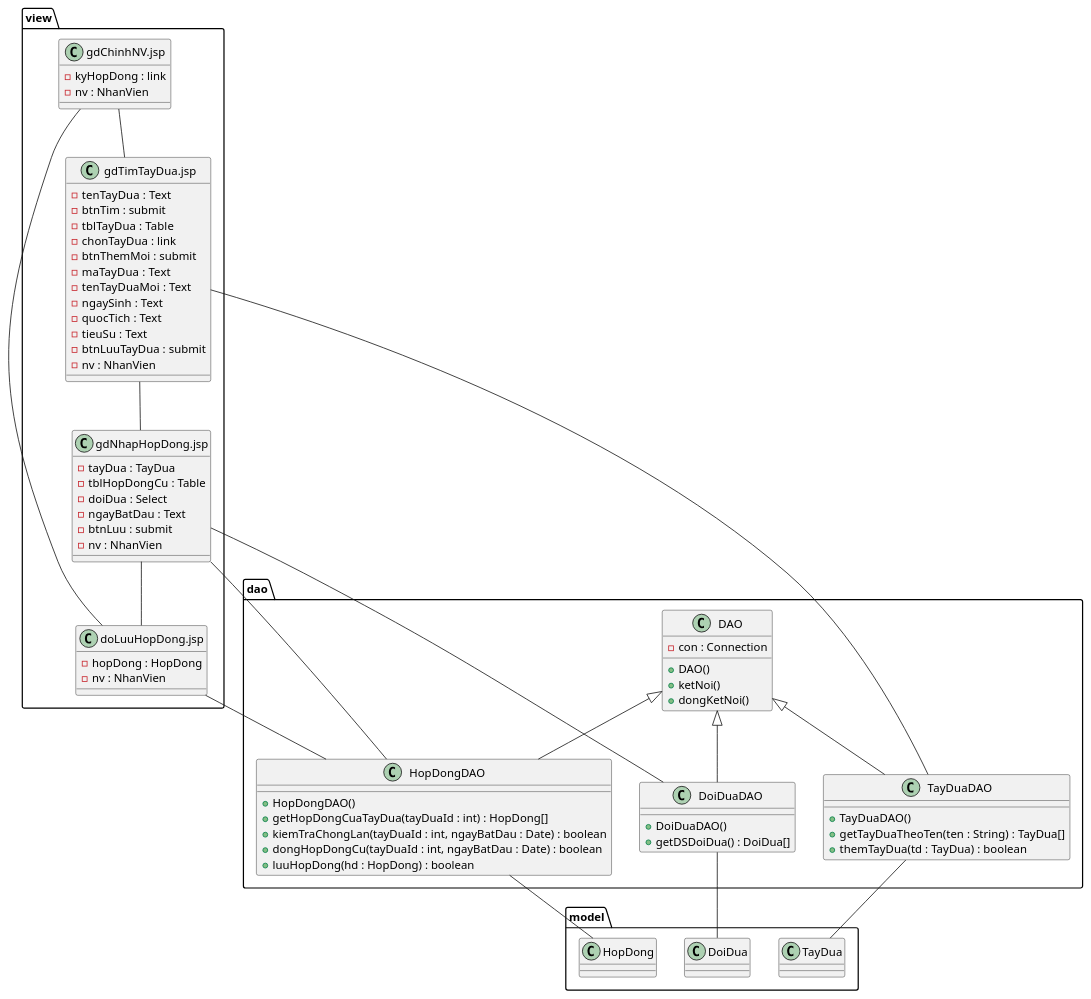
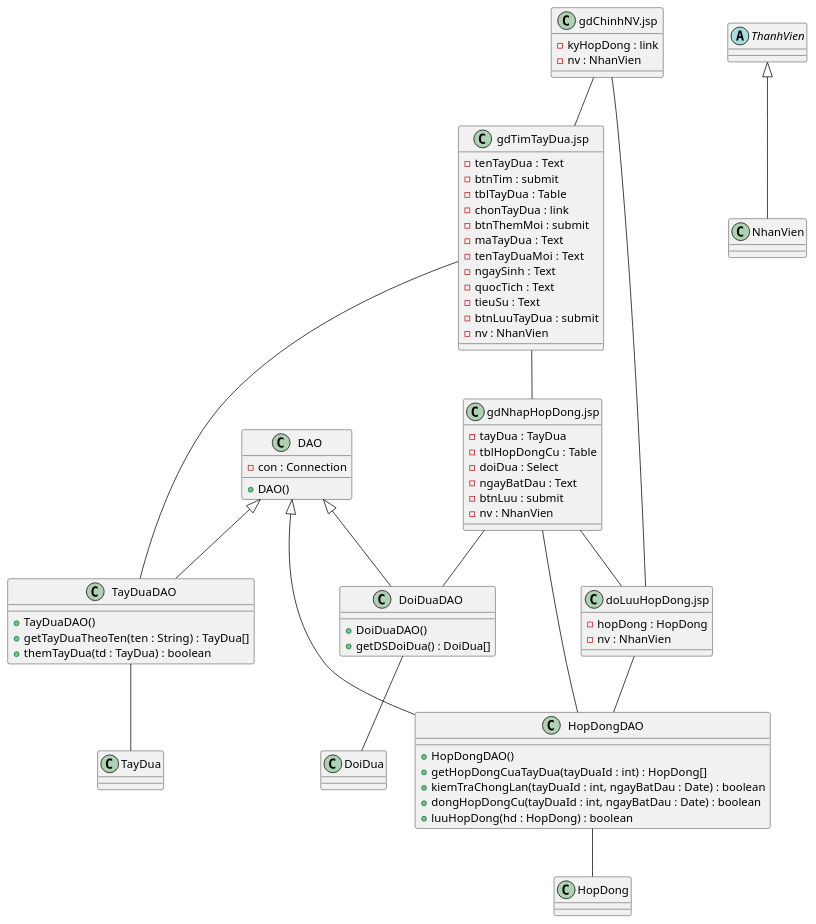
The fourth of 6 diagrams in Module 1 - Quan/noi-dung.md (7gho/CNPM-He2026), drawn with PlantUML before and after one commit. The commit also changed other lines of this file and 41 other files, not shown here.

First line of the commit message:
Ra soat cheo toan he thong theo giao trinh; bo khung package, phac thao giao dien dang bang

````diff
--- a/Module 1 - Quan/noi-dung.md
+++ b/Module 1 - Quan/noi-dung.md
@@ -345,79 +338,75 @@
 ```plantuml
 @startuml
-package view {
-  class "gdChinhNV.jsp" as gdChinhNV {
-    -kyHopDong : link
-    -nv : NhanVien
-  }
-  class "gdTimTayDua.jsp" as gdTimTayDua {
-    -tenTayDua : Text
-    -btnTim : submit
-    -tblTayDua : Table
-    -chonTayDua : link
-    -btnThemMoi : submit
-    -maTayDua : Text
-    -tenTayDuaMoi : Text
-    -ngaySinh : Text
-    -quocTich : Text
-    -tieuSu : Text
-    -btnLuuTayDua : submit
-    -nv : NhanVien
-  }
-  class "gdNhapHopDong.jsp" as gdNhapHopDong {
-    -tayDua : TayDua
-    -tblHopDongCu : Table
-    -doiDua : Select
-    -ngayBatDau : Text
-    -btnLuu : submit
-    -nv : NhanVien
-  }
-  class "doLuuHopDong.jsp" as doLuuHopDong {
-    -hopDong : HopDong
-    -nv : NhanVien
-  }
+class "gdChinhNV.jsp" as gdChinhNV {
+  -kyHopDong : link
+  -nv : NhanVien
 }
-package dao {
-  class DAO {
-    -con : Connection
-    +DAO()
-    +ketNoi()
-    +dongKetNoi()
-  }
-  class TayDuaDAO {
-    +TayDuaDAO()
-    +getTayDuaTheoTen(ten : String) : TayDua[]
-    +themTayDua(td : TayDua) : boolean
-  }
-  class DoiDuaDAO {
-    +DoiDuaDAO()
-    +getDSDoiDua() : DoiDua[]
-  }
-  class HopDongDAO {
-    +HopDongDAO()
-    +getHopDongCuaTayDua(tayDuaId : int) : HopDong[]
-    +kiemTraChongLan(tayDuaId : int, ngayBatDau : Date) : boolean
-    +dongHopDongCu(tayDuaId : int, ngayBatDau : Date) : boolean
-    +luuHopDong(hd : HopDong) : boolean
-  }
+class "gdTimTayDua.jsp" as gdTimTayDua {
+  -tenTayDua : Text
+  -btnTim : submit
+  -tblTayDua : Table
+  -chonTayDua : link
+  -btnThemMoi : submit
+  -maTayDua : Text
+  -tenTayDuaMoi : Text
+  -ngaySinh : Text
+  -quocTich : Text
+  -tieuSu : Text
+  -btnLuuTayDua : submit
+  -nv : NhanVien
 }
-package model {
-  class TayDua
-  class DoiDua
-  class HopDong
+class "gdNhapHopDong.jsp" as gdNhapHopDong {
+  -tayDua : TayDua
+  -tblHopDongCu : Table
+  -doiDua : Select
+  -ngayBatDau : Text
+  -btnLuu : submit
+  -nv : NhanVien
 }
+class "doLuuHopDong.jsp" as doLuuHopDong {
+  -hopDong : HopDong
+  -nv : NhanVien
+}
+class DAO {
+  -con : Connection
+  +DAO()
+}
+class TayDuaDAO {
+  +TayDuaDAO()
+  +getTayDuaTheoTen(ten : String) : TayDua[]
+  +themTayDua(td : TayDua) : boolean
+}
+class DoiDuaDAO {
+  +DoiDuaDAO()
+  +getDSDoiDua() : DoiDua[]
+}
+class HopDongDAO {
+  +HopDongDAO()
+  +getHopDongCuaTayDua(tayDuaId : int) : HopDong[]
+  +kiemTraChongLan(tayDuaId : int, ngayBatDau : Date) : boolean
+  +dongHopDongCu(tayDuaId : int, ngayBatDau : Date) : boolean
+  +luuHopDong(hd : HopDong) : boolean
+}
+class TayDua
+class DoiDua
+class HopDong
+
+abstract class ThanhVien
+class NhanVien
+ThanhVien <|-- NhanVien
 DAO <|-- TayDuaDAO
 DAO <|-- DoiDuaDAO
 DAO <|-- HopDongDAO
 gdChinhNV -- gdTimTayDua
 gdTimTayDua -- TayDuaDAO
 gdTimTayDua -- gdNhapHopDong
 gdNhapHopDong -- DoiDuaDAO
 gdNhapHopDong -- HopDongDAO
 gdNhapHopDong -- doLuuHopDong
 doLuuHopDong -- gdChinhNV
 doLuuHopDong -- HopDongDAO
 TayDuaDAO -- TayDua
 DoiDuaDAO -- DoiDua
 HopDongDAO -- HopDong
 @enduml
 ```
````
